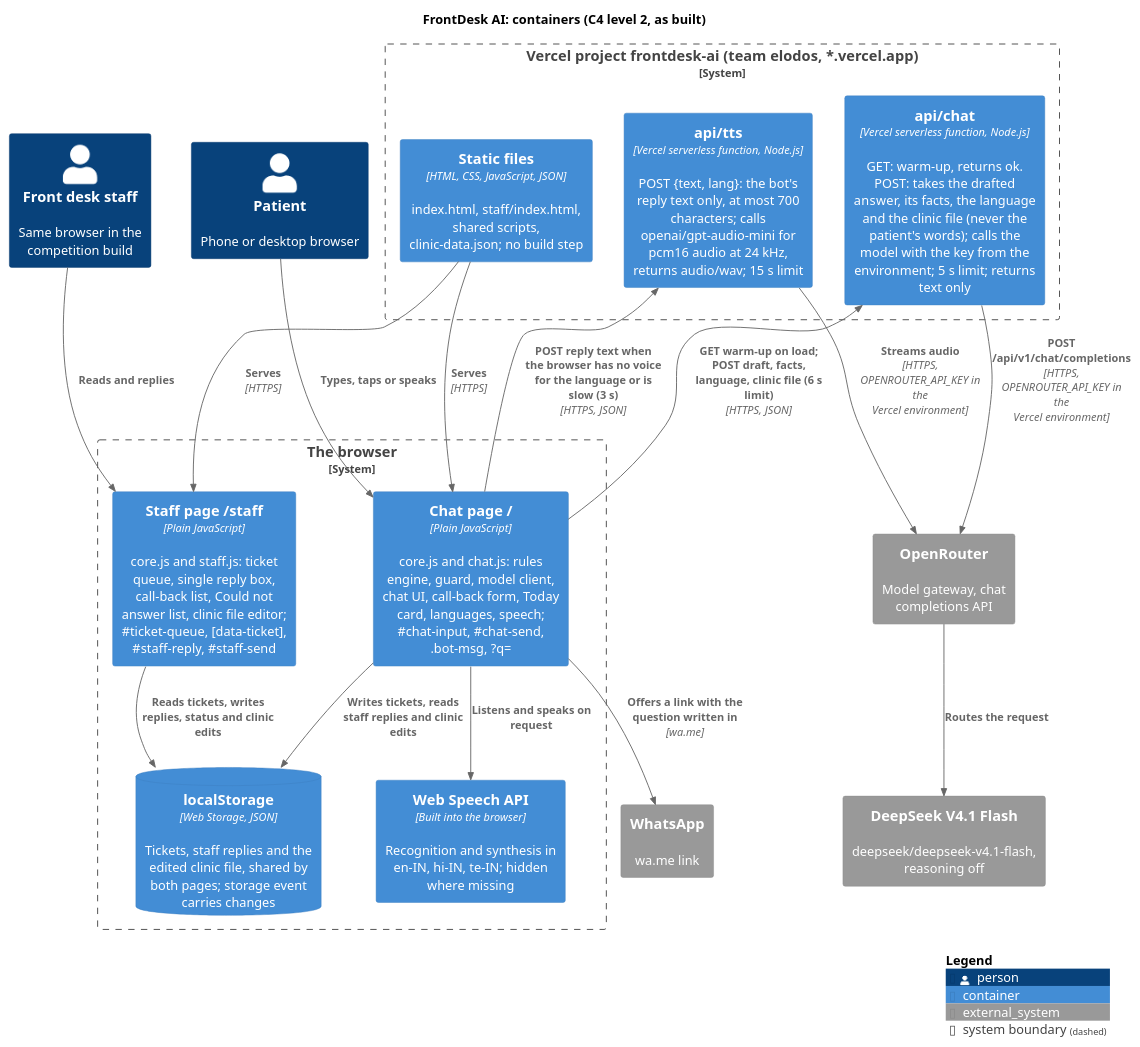
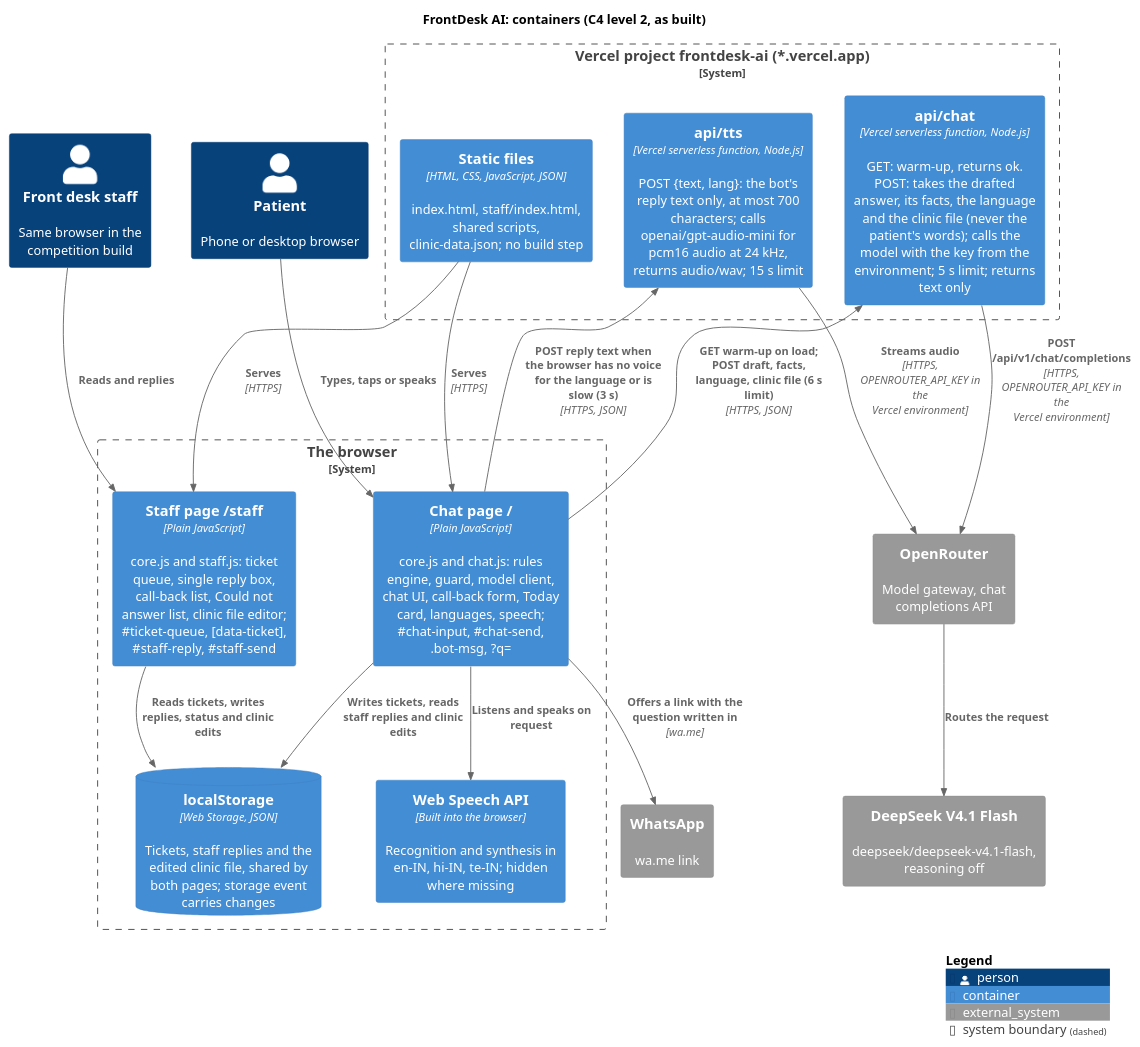
The diagram in docs/diagrams/c4-container.puml (karwasanjay007/frontdesk-ai-docs), drawn with PlantUML before and after one commit. The commit also changed 6 other files, not shown here.

```diff
--- a/docs/diagrams/c4-container.puml
+++ b/docs/diagrams/c4-container.puml
@@ -1,39 +1,39 @@
 @startuml c4-container
 !include <C4/C4_Container>
 title FrontDesk AI: containers (C4 level 2, as built)
 
 Person(patient, "Patient", "Phone or desktop browser")
 Person(staff, "Front desk staff", "Same browser in the competition build")
 System_Ext(openrouter, "OpenRouter", "Model gateway, chat completions API")
 System_Ext(deepseek, "DeepSeek V4.1 Flash", "deepseek/deepseek-v4.1-flash, reasoning off")
 System_Ext(whatsapp, "WhatsApp", "wa.me link")
 
-System_Boundary(vercel, "Vercel project frontdesk-ai (team elodos, *.vercel.app)") {
+System_Boundary(vercel, "Vercel project frontdesk-ai (*.vercel.app)") {
   Container(static, "Static files", "HTML, CSS, JavaScript, JSON", "index.html, staff/index.html, shared scripts, clinic-data.json; no build step")
   Container(fn, "api/chat", "Vercel serverless function, Node.js", "GET: warm-up, returns ok. POST: takes the drafted answer, its facts, the language and the clinic file (never the patient's words); calls the model with the key from the environment; 5 s limit; returns text only")
   Container(tts, "api/tts", "Vercel serverless function, Node.js", "POST {text, lang}: the bot's reply text only, at most 700 characters; calls openai/gpt-audio-mini for pcm16 audio at 24 kHz, returns audio/wav; 15 s limit")
 }
 
 System_Boundary(browser, "The browser") {
   Container(chat, "Chat page /", "Plain JavaScript", "core.js and chat.js: rules engine, guard, model client, chat UI, call-back form, Today card, languages, speech; #chat-input, #chat-send, .bot-msg, ?q=")
   Container(staffui, "Staff page /staff", "Plain JavaScript", "core.js and staff.js: ticket queue, single reply box, call-back list, Could not answer list, clinic file editor; #ticket-queue, [data-ticket], #staff-reply, #staff-send")
   ContainerDb(ls, "localStorage", "Web Storage, JSON", "Tickets, staff replies and the edited clinic file, shared by both pages; storage event carries changes")
   Container(speech, "Web Speech API", "Built into the browser", "Recognition and synthesis in en-IN, hi-IN, te-IN; hidden where missing")
 }
 
 Rel(patient, chat, "Types, taps or speaks")
 Rel(staff, staffui, "Reads and replies")
 Rel(static, chat, "Serves", "HTTPS")
 Rel(static, staffui, "Serves", "HTTPS")
 Rel(chat, fn, "GET warm-up on load; POST draft, facts, language, clinic file (6 s limit)", "HTTPS, JSON")
 Rel(fn, openrouter, "POST /api/v1/chat/completions", "HTTPS, OPENROUTER_API_KEY in the Vercel environment")
 Rel(chat, tts, "POST reply text when the browser has no voice for the language or is slow (3 s)", "HTTPS, JSON")
 Rel(tts, openrouter, "Streams audio", "HTTPS, OPENROUTER_API_KEY in the Vercel environment")
 Rel(openrouter, deepseek, "Routes the request")
 Rel(chat, ls, "Writes tickets, reads staff replies and clinic edits")
 Rel(staffui, ls, "Reads tickets, writes replies, status and clinic edits")
 Rel(chat, speech, "Listens and speaks on request")
 Rel(chat, whatsapp, "Offers a link with the question written in", "wa.me")
 
 SHOW_LEGEND()
 @enduml
```
